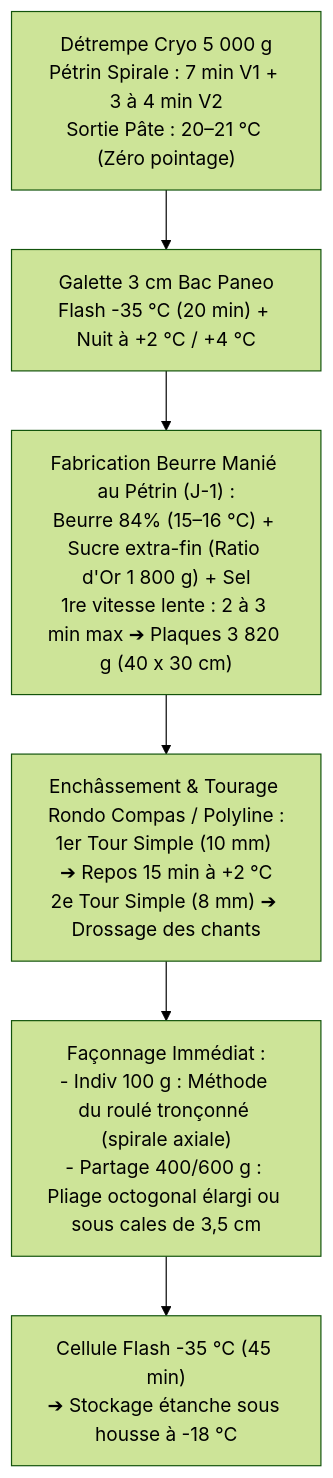
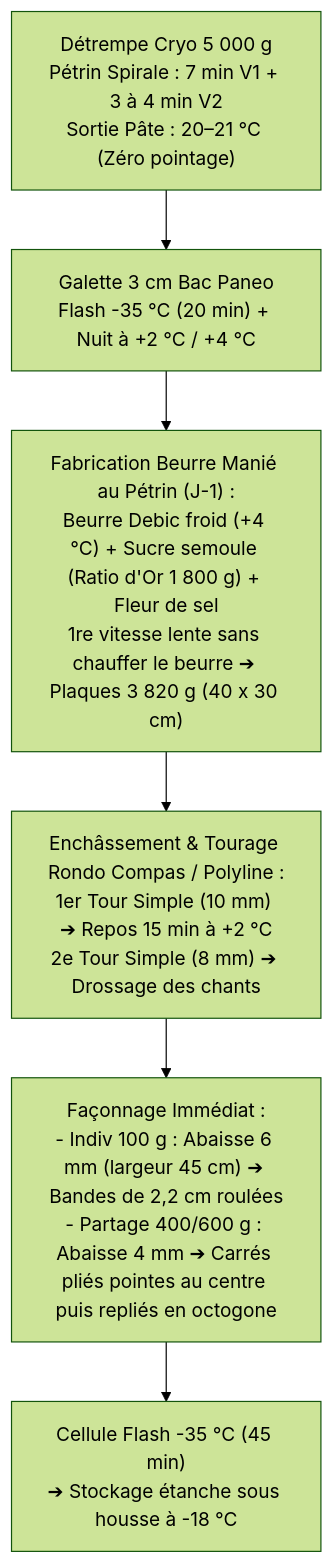
One commit to jri561/laboratoire-tourage-boulangerie changed the diagram in recettes/catalogue/kouign-amann-pac.md. Above: the diagram before and after it, drawn with Mermaid (forest theme). The commit also changed other lines of this file and 18 other files, not shown here.

````diff
--- a/recettes/catalogue/kouign-amann-pac.md
+++ b/recettes/catalogue/kouign-amann-pac.md
@@ -120,8 +120,8 @@
 ```mermaid
 flowchart TD
     A["Détrempe Cryo 5 000 g\nPétrin Spirale : 7 min V1 + 3 à 4 min V2\nSortie Pâte : 20–21 °C (Zéro pointage)"] --> B["Galette 3 cm Bac Paneo\nFlash -35 °C (20 min) + Nuit à +2 °C / +4 °C"]
-    B --> C["Fabrication Beurre Manié au Pétrin (J-1) :\nBeurre 84% (15–16 °C) + Sucre extra-fin (Ratio d'Or 1 800 g) + Sel\n1re vitesse lente : 2 à 3 min max ➔ Plaques 3 820 g (40 x 30 cm)"]
+    B --> C["Fabrication Beurre Manié au Pétrin (J-1) :\nBeurre Debic froid (+4 °C) + Sucre semoule (Ratio d'Or 1 800 g) + Fleur de sel\n1re vitesse lente sans chauffer le beurre ➔ Plaques 3 820 g (40 x 30 cm)"]
     C --> D["Enchâssement & Tourage Rondo Compas / Polyline :\n1er Tour Simple (10 mm) ➔ Repos 15 min à +2 °C\n2e Tour Simple (8 mm) ➔ Drossage des chants"]
-    D --> E["Façonnage Immédiat :\n- Indiv 100 g : Méthode du roulé tronçonné (spirale axiale)\n- Partage 400/600 g : Pliage octogonal élargi ou sous cales de 3,5 cm"]
+    D --> E["Façonnage Immédiat :\n- Indiv 100 g : Abaisse 6 mm (largeur 45 cm) ➔ Bandes de 2,2 cm roulées\n- Partage 400/600 g : Abaisse 4 mm ➔ Carrés pliés pointes au centre puis repliés en octogone"]
     E --> F["Cellule Flash -35 °C (45 min)\n➔ Stockage étanche sous housse à -18 °C"]
 ```
````
